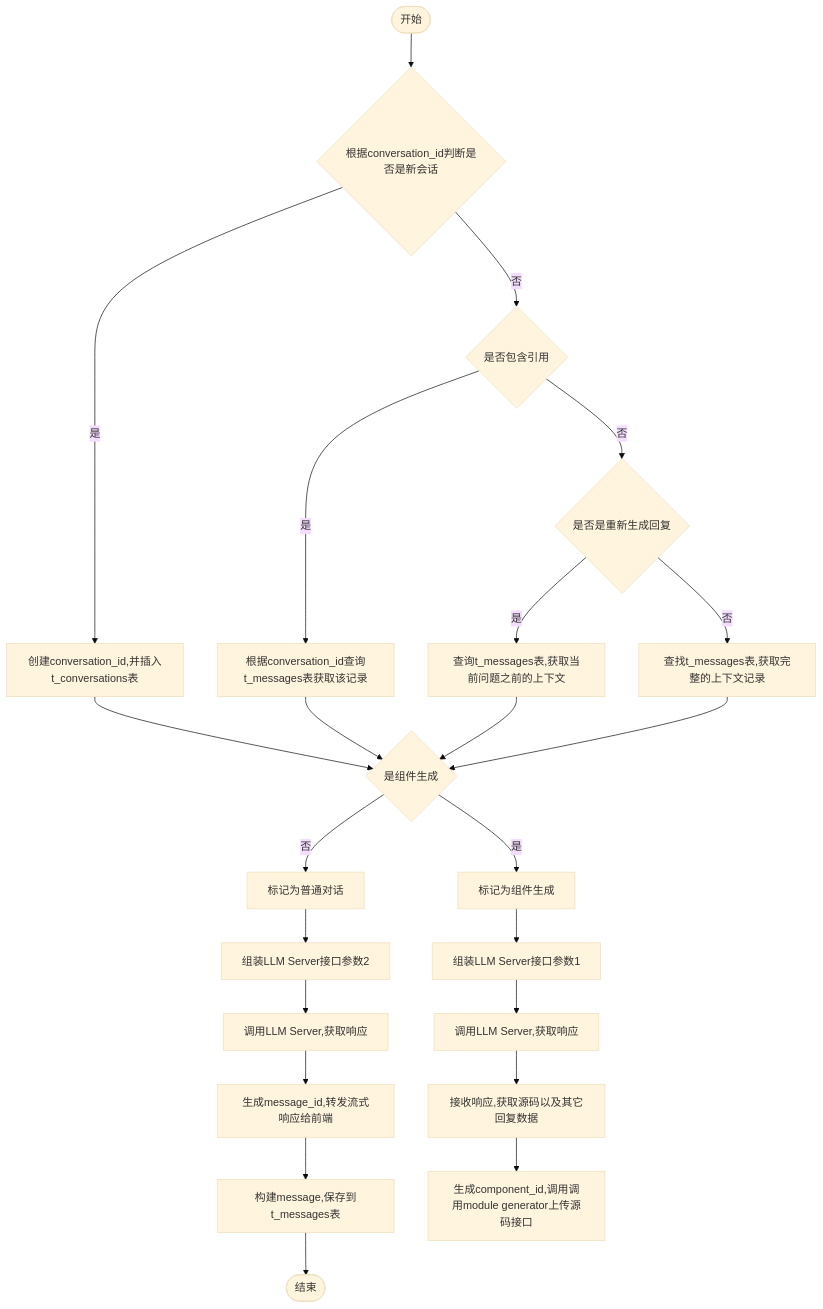
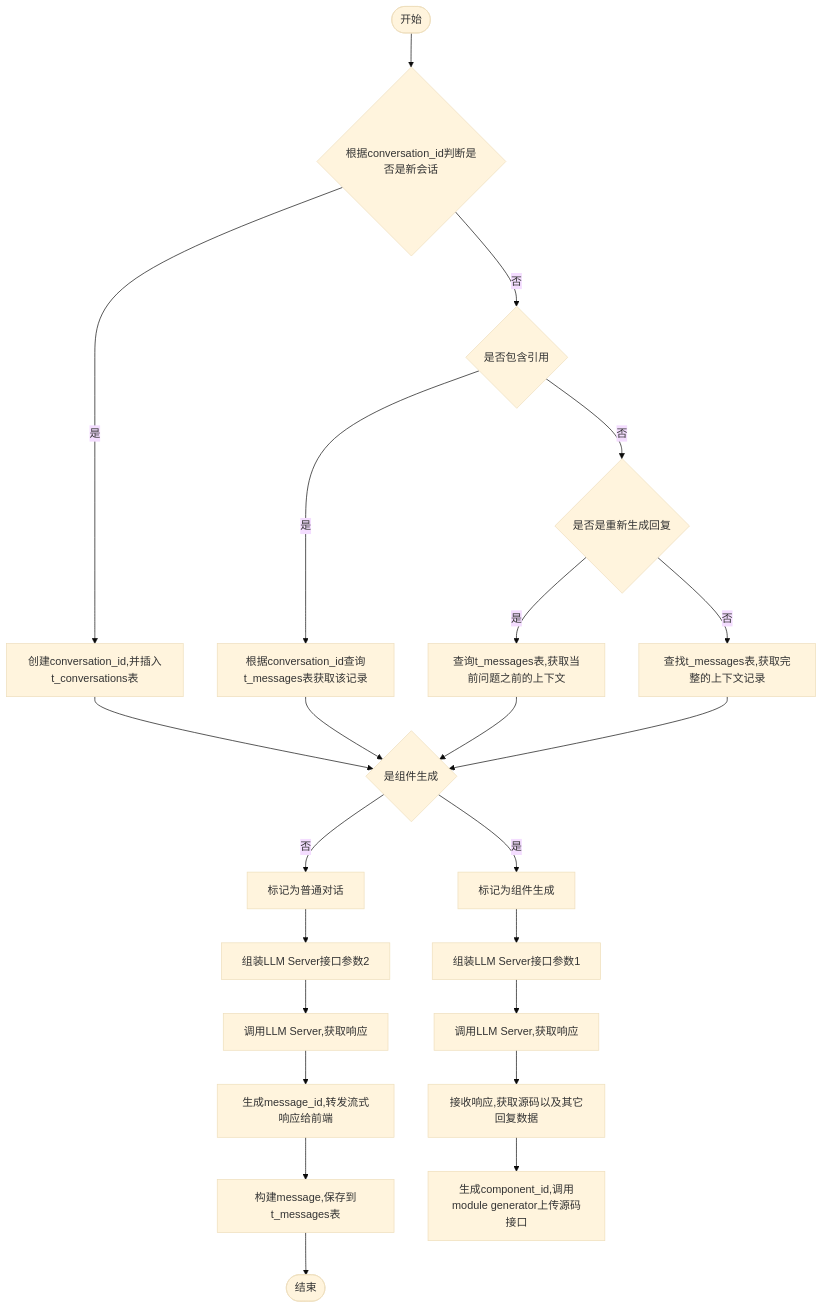
The diagram in all/未命名-7.md (yingjianzh/iodraw-files), drawn with Mermaid (base theme) before and after one commit.

Commit message:
2024-10-12 14:35:57 update

````diff
--- a/all/未命名-7.md
+++ b/all/未命名-7.md
@@ -1,28 +1,29 @@
 ```mermaid
 flowchart TD
     A([开始]) --> B{根据conversation_id判断是否是新会话}
     B -- 是 --> C[创建conversation_id,并插入t_conversations表]
     B -- 否 --> D{是否包含引用}
     D -- 是 --> E[根据conversation_id查询t_messages表获取该记录]
     D -- 否 --> F{是否是重新生成回复}
     F -- 是 --> G[查询t_messages表,获取当前问题之前的上下文]
     F -- 否 --> H[查找t_messages表,获取完整的上下文记录]
      
     C & E & G & H --> I{是组件生成}
     I -- 是 --> J[标记为组件生成]
     I -- 否 --> K[标记为普通对话]
 
     J --> L[组装LLM Server接口参数1]    
     K --> M[组装LLM Server接口参数2]    
     M --> N[调用LLM Server,获取响应]    
     N --> O[生成message_id,转发流式响应给前端]
     O --> P[构建message,保存到t_messages表]
     P --> R([结束])
 
 
     L --> S[调用LLM Server,获取响应]
     S --> T[接收响应,获取源码以及其它回复数据]
-    T --> U[生成component_id,调用调用module generator上传源码接口]
+    T --> U[生成component_id,调用module generator上传源码接口]
+    
 
 
 ```
````
